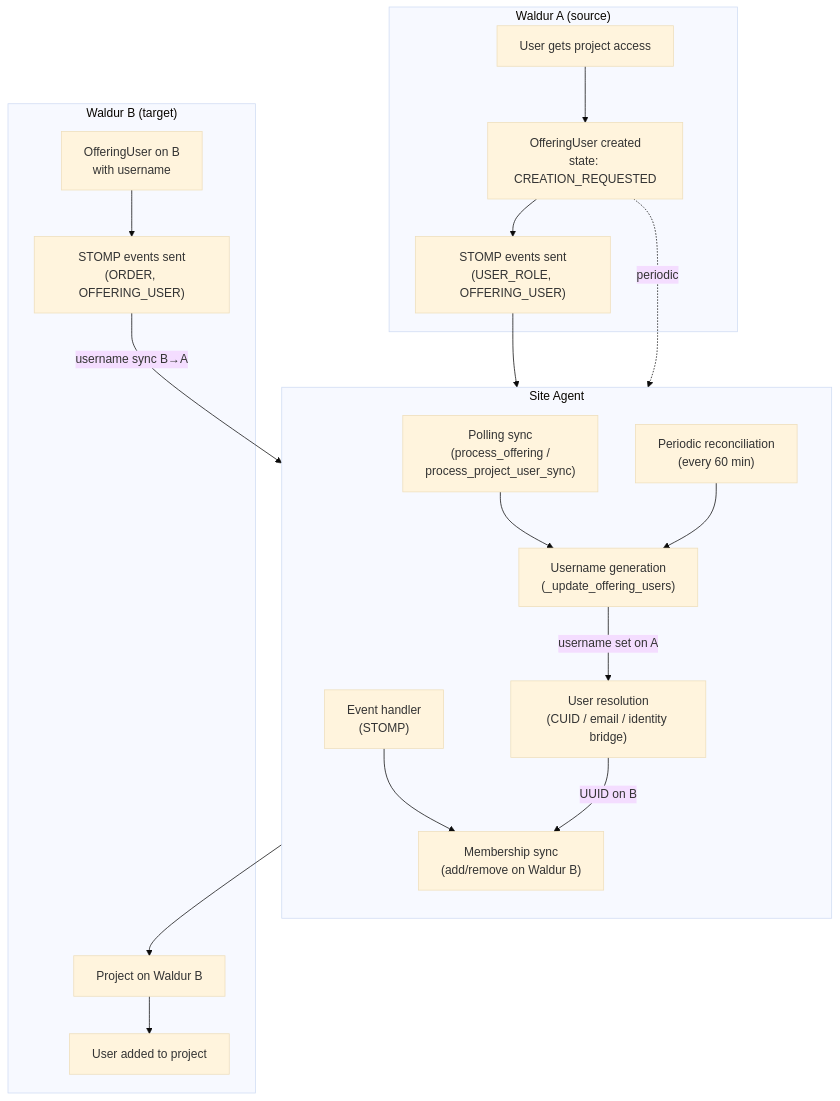
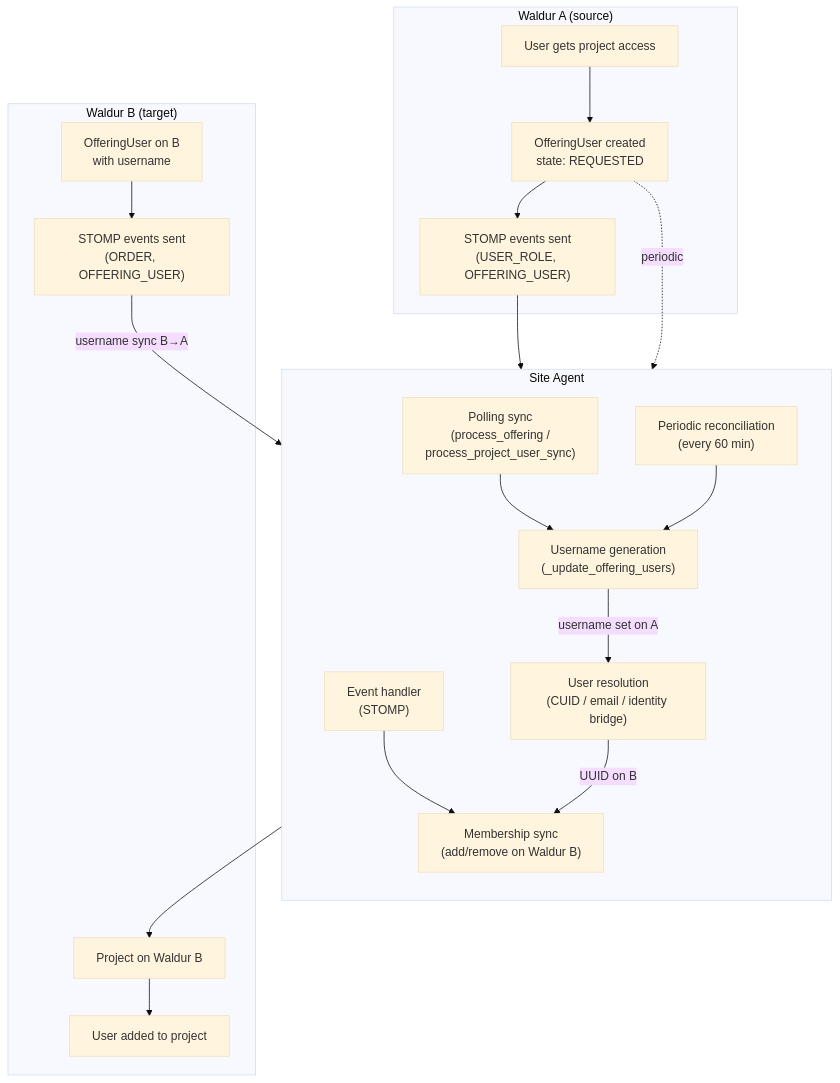
One commit to waldur/waldur-site-agent changed the first of 8 diagrams in docs/waldur-offering-user-sync.md. Above: the diagram before and after it, drawn with Mermaid (base theme). The commit also changed other lines of this file and 5 other files, not shown here.

Commit message:
Bring offering-user and plugin-author docs in line with the code [#52]

````diff
--- a/docs/waldur-offering-user-sync.md
+++ b/docs/waldur-offering-user-sync.md
@@ -29,43 +29,43 @@
 ```mermaid
 flowchart TB
     subgraph "Waldur A (source)"
         A_USER[User gets project access]
-        A_OU[OfferingUser created<br/>state: CREATION_REQUESTED]
+        A_OU[OfferingUser created<br/>state: REQUESTED]
         A_STOMP_OUT["STOMP events sent<br/>(USER_ROLE, OFFERING_USER)"]
     end
 
     subgraph "Site Agent"
         direction TB
         SA_POLL["Polling sync<br/>(process_offering /<br/>process_project_user_sync)"]
         SA_EVENT["Event handler<br/>(STOMP)"]
         SA_RECON["Periodic reconciliation<br/>(every 60 min)"]
 
         SA_USERNAME["Username generation<br/>(_update_offering_users)"]
         SA_RESOLVE["User resolution<br/>(CUID / email / identity bridge)"]
         SA_MEMBERSHIP["Membership sync<br/>(add/remove on Waldur B)"]
     end
 
     subgraph "Waldur B (target)"
         B_PROJECT[Project on Waldur B]
         B_USER[User added to project]
         B_OU[OfferingUser on B<br/>with username]
         B_STOMP_OUT["STOMP events sent<br/>(ORDER, OFFERING_USER)"]
     end
 
     A_USER --> A_OU
     A_OU --> A_STOMP_OUT
     A_STOMP_OUT --> SA_EVENT
     A_OU -.->|periodic| SA_POLL
 
     SA_POLL --> SA_USERNAME
     SA_EVENT --> SA_MEMBERSHIP
     SA_RECON --> SA_USERNAME
 
     SA_USERNAME -->|username set on A| SA_RESOLVE
     SA_RESOLVE -->|UUID on B| SA_MEMBERSHIP
     SA_MEMBERSHIP --> B_PROJECT
     B_PROJECT --> B_USER
 
     B_OU --> B_STOMP_OUT
     B_STOMP_OUT -->|username sync B→A| SA_RECON
 ```
````
